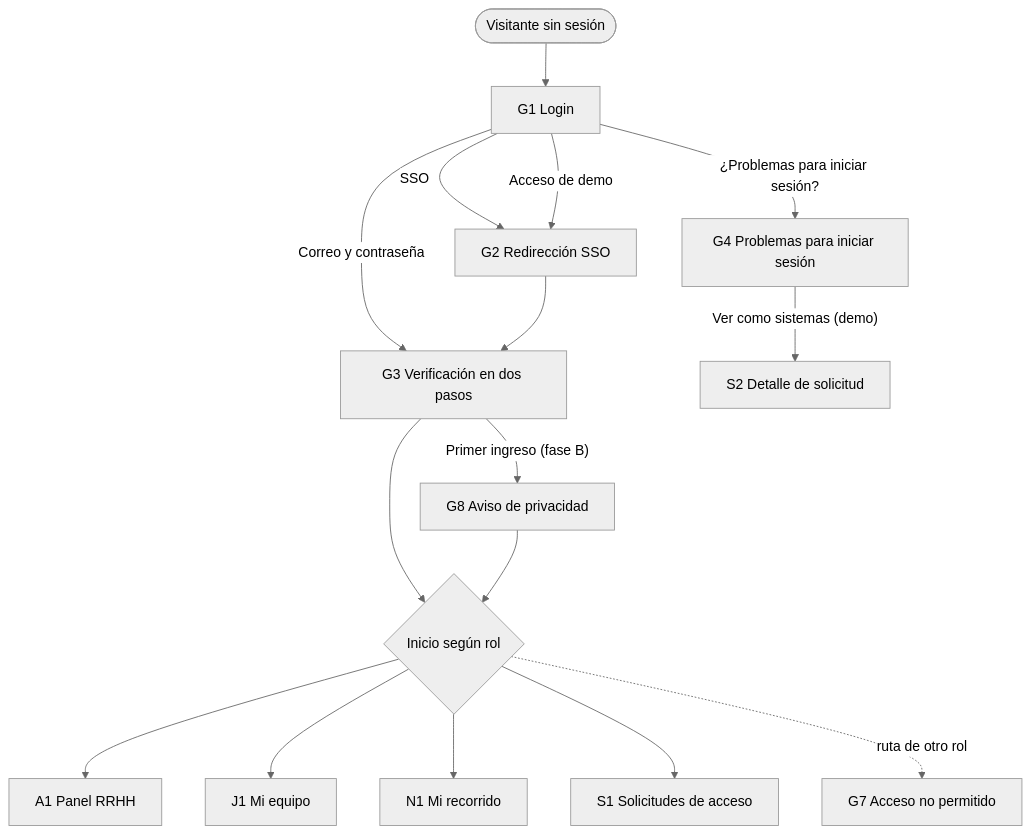
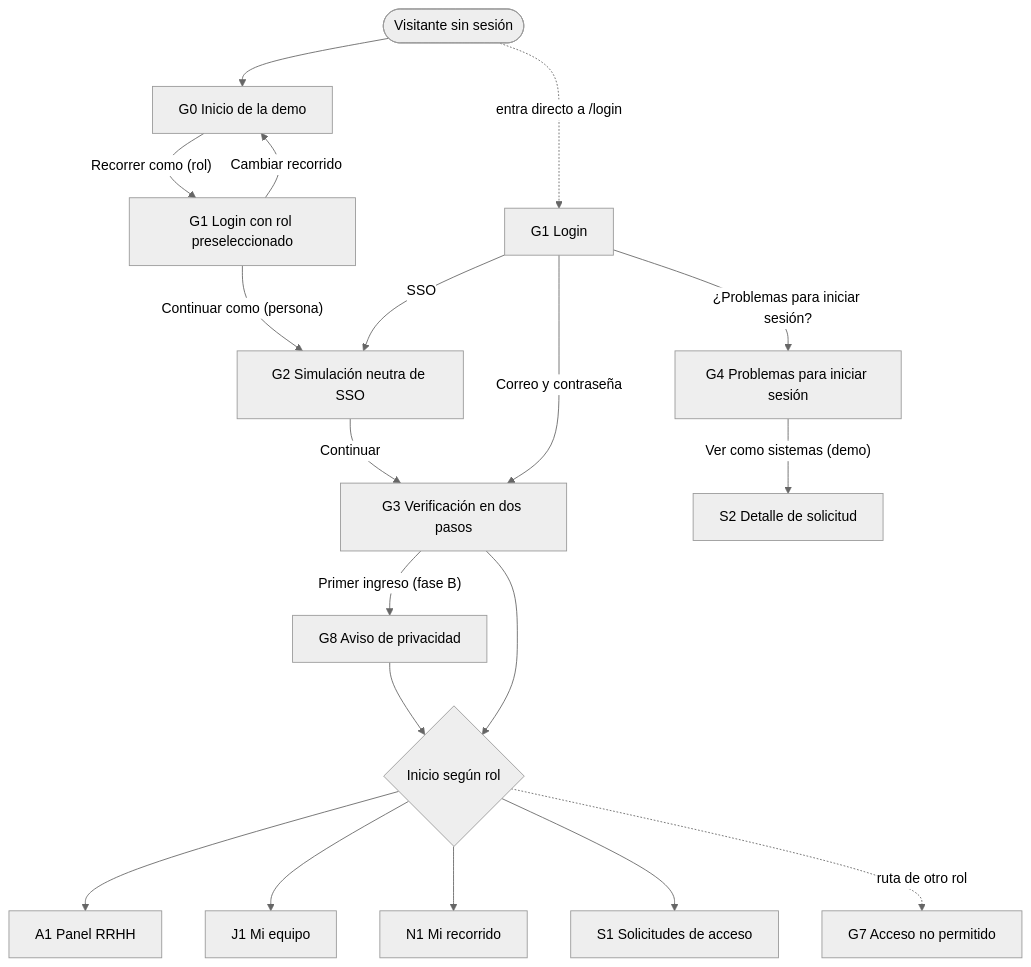
The first of 29 diagrams in docs/flows.md (lpedaci/rumbo-app), drawn with Mermaid (neutral theme) before and after one commit. The commit also changed other lines of this file and 77 other files, not shown here.

First line of the commit message:
Add demo start page (G0), clean login and neutral SSO simulation

````diff
--- a/docs/flows.md
+++ b/docs/flows.md
@@ -23,18 +23,21 @@
 ```mermaid
 flowchart TD
-    START(["Visitante sin sesión"]) --> G1["G1 Login"]
-    G1 -- "SSO" --> G2["G2 Redirección SSO"]
+    START(["Visitante sin sesión"]) --> G0["G0 Inicio de la demo"]
+    G0 -- "Recorrer como (rol)" --> G1P["G1 Login con rol preseleccionado"]
+    G1P -- "Continuar como (persona)" --> G2
+    G1P -- "Cambiar recorrido" --> G0
+    START -. "entra directo a /login" .-> G1["G1 Login"]
+    G1 -- "SSO" --> G2["G2 Simulación neutra de SSO"]
     G1 -- "Correo y contraseña" --> G3["G3 Verificación en dos pasos"]
-    G1 -- "Acceso de demo" --> G2
-    G2 --> G3
+    G2 -- "Continuar" --> G3
     G1 -- "¿Problemas para iniciar sesión?" --> G4["G4 Problemas para iniciar sesión"]
     G4 -- "Ver como sistemas (demo)" --> S2["S2 Detalle de solicitud"]
     G3 -- "Primer ingreso (fase B)" --> G8["G8 Aviso de privacidad"]
     G3 --> HOME{"Inicio según rol"}
     G8 --> HOME
     HOME --> A1["A1 Panel RRHH"]
     HOME --> J1["J1 Mi equipo"]
     HOME --> N1["N1 Mi recorrido"]
     HOME --> S1["S1 Solicitudes de acceso"]
     HOME -. "ruta de otro rol" .-> G7["G7 Acceso no permitido"]
 ```
````
